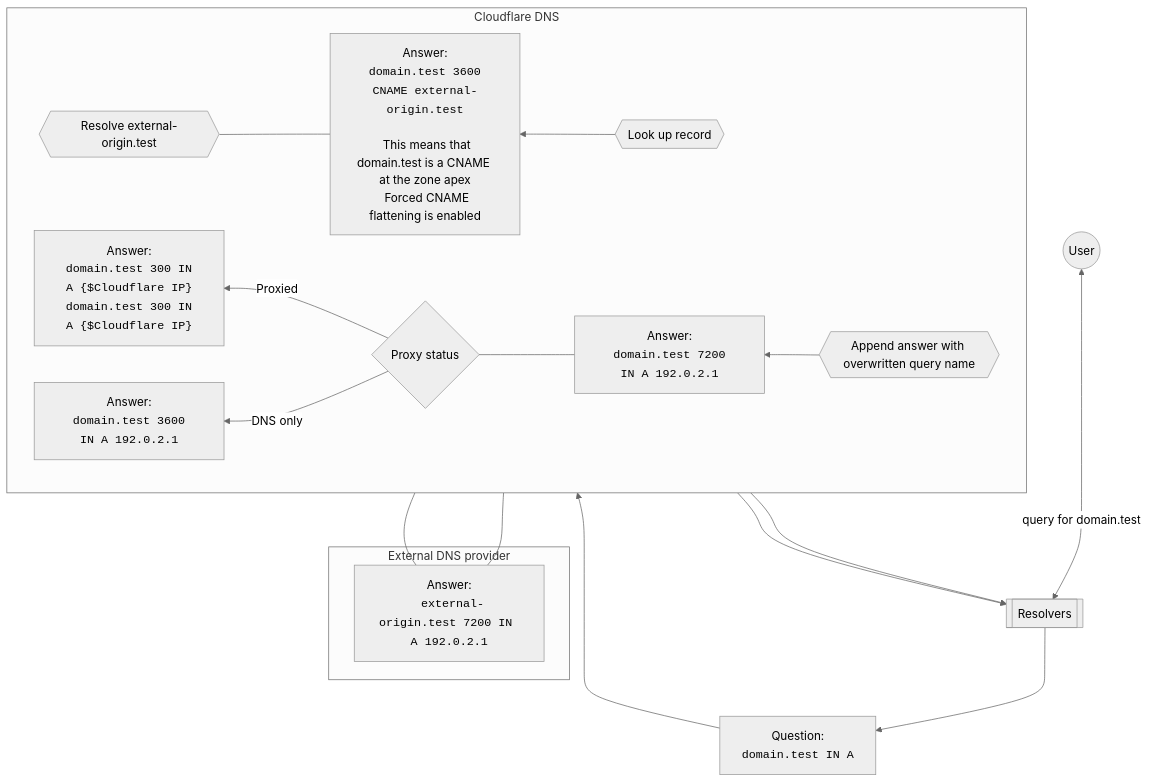
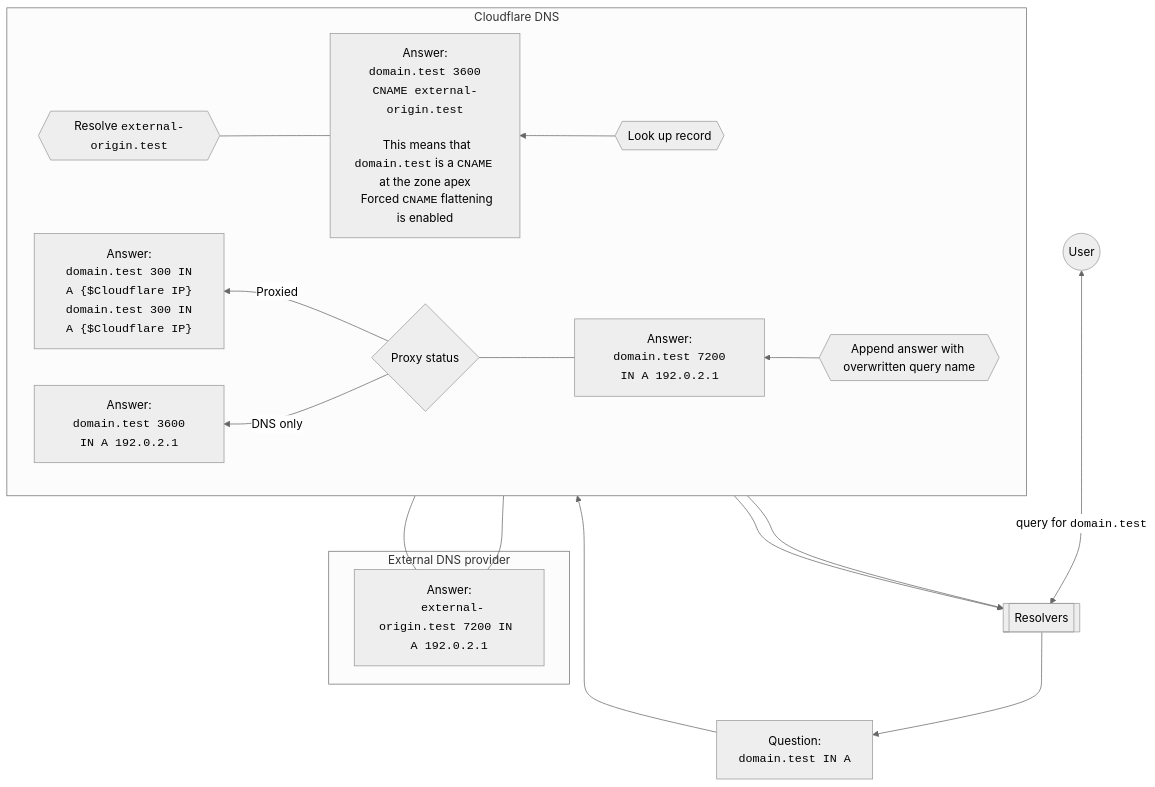
One commit to cloudflare/cloudflare-docs changed the diagram in content/dns/cname-flattening/cname-flattening-diagram.md. Above: the diagram before and after it, drawn with Mermaid (neutral theme).

Commit message:
improve consistency in monospace formatting

````diff
--- a/content/dns/cname-flattening/cname-flattening-diagram.md
+++ b/content/dns/cname-flattening/cname-flattening-diagram.md
@@ -42,34 +42,34 @@
 ```mermaid
 flowchart TD
 accTitle: CNAME flattening diagram
 accDescr: Diagram of CNAME flattening process when there is a request for a domain in Cloudflare and the zone has a CNAME record at apex that points to an external A record.
-  A((User)) <--query for domain.test--> B[[Resolvers]] --> C
+  A((User)) <--query for <code>domain.test</code>--> B[[Resolvers]] --> C
   C["Question: 
   <code>domain.test IN A</code>"]
  
  subgraph Y[Cloudflare DNS]
  direction RL
   D{{Look up record}} --> G["Answer:
   <code>domain.test 3600 CNAME external-origin.test</code>
 
-  This means that domain.test is a CNAME at the zone apex
-  Forced CNAME flattening is enabled"] --- H{{Resolve external-origin.test}}
+  This means that <code>domain.test</code> is a <code>CNAME</code> at the zone apex
+  Forced <code>CNAME</code> flattening is enabled"] --- H{{Resolve <code>external-origin.test</code>}}
   K{{Append answer with overwritten query name}} --> L["Answer:
   <code>domain.test 7200 IN A 192.0.2.1</code>"] --- M{Proxy status}
   M --Proxied--> O["Answer:
   <code>domain.test 300 IN A {$Cloudflare IP}</code>
   <code>domain.test 300 IN A {$Cloudflare IP}</code>"]
   M --DNS only--> N["Answer:
   <code>domain.test 3600 IN A 192.0.2.1</code>"]
  end
  
  subgraph Z [External DNS provider]
   J["Answer:
   <code>external-origin.test 7200 IN A 192.0.2.1</code>"]
  end
  
  C --> D
  H --- J --- K
  O --> B
  N --> B
 ```
````
